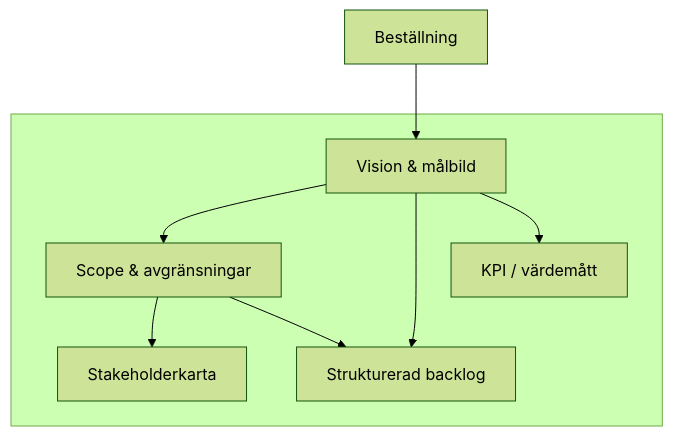
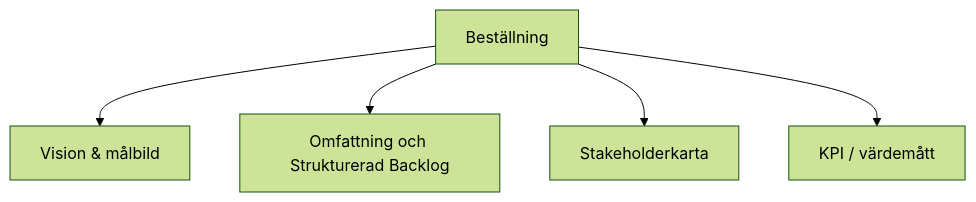
The first of 5 diagrams in framework/standard/artifacts/Artifacts.md (Riniga/valuestream-os), drawn with Mermaid (forest theme) before and after one commit. The commit also changed other lines of this file and 21 other files, not shown here.

````diff
--- a/framework/standard/artifacts/Artifacts.md
+++ b/framework/standard/artifacts/Artifacts.md
@@ -7,26 +7,13 @@
 ```mermaid
 flowchart
+B["Beställning"]
+VM["Vision & målbild"]
+OSB["Omfattning och Strukturerad Backlog"]
+SK["Stakeholderkarta"]
+KPI["KPI / värdemått"]
 
-  OB["Beställning"]
-  subgraph mal[" "]
-
-    VM["Vision & målbild"]
-    SA["Scope & avgränsningar"]
-    SK["Stakeholderkarta"]
-    SB["Strukturerad backlog"]
-    KPI["KPI / värdemått"]
-
-  end
-
-    OB --> VM
-    VM --> SA
-
-    SA --> SK
-
-    VM --> SB
-    SA --> SB
-
-    VM --> KPI
-
-
+B --> VM
+B --> OSB
+B --> SK
+B --> KPI
 ```
````
